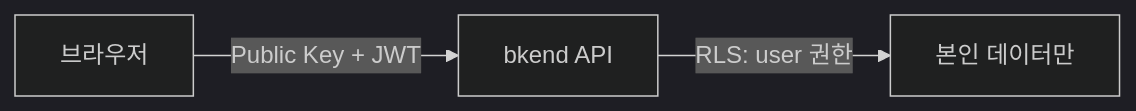
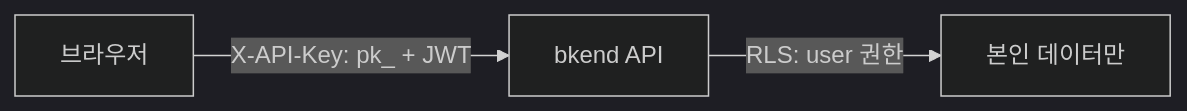
The first of 2 diagrams in ko/security/03-public-vs-secret.md (popup-studio-ai/bkend-docs), drawn with Mermaid (dark theme) before and after one commit. The commit also changed other lines of this file and 365 other files, not shown here.

````diff
--- a/ko/security/03-public-vs-secret.md
+++ b/ko/security/03-public-vs-secret.md
@@ -88,5 +92,5 @@
 ```mermaid
 flowchart LR
-    A[브라우저] -->|Public Key + JWT| B[bkend API]
+    A[브라우저] -->|"X-API-Key: pk_ + JWT"| B[bkend API]
     B -->|RLS: user 권한| C[본인 데이터만]
 ```
````
